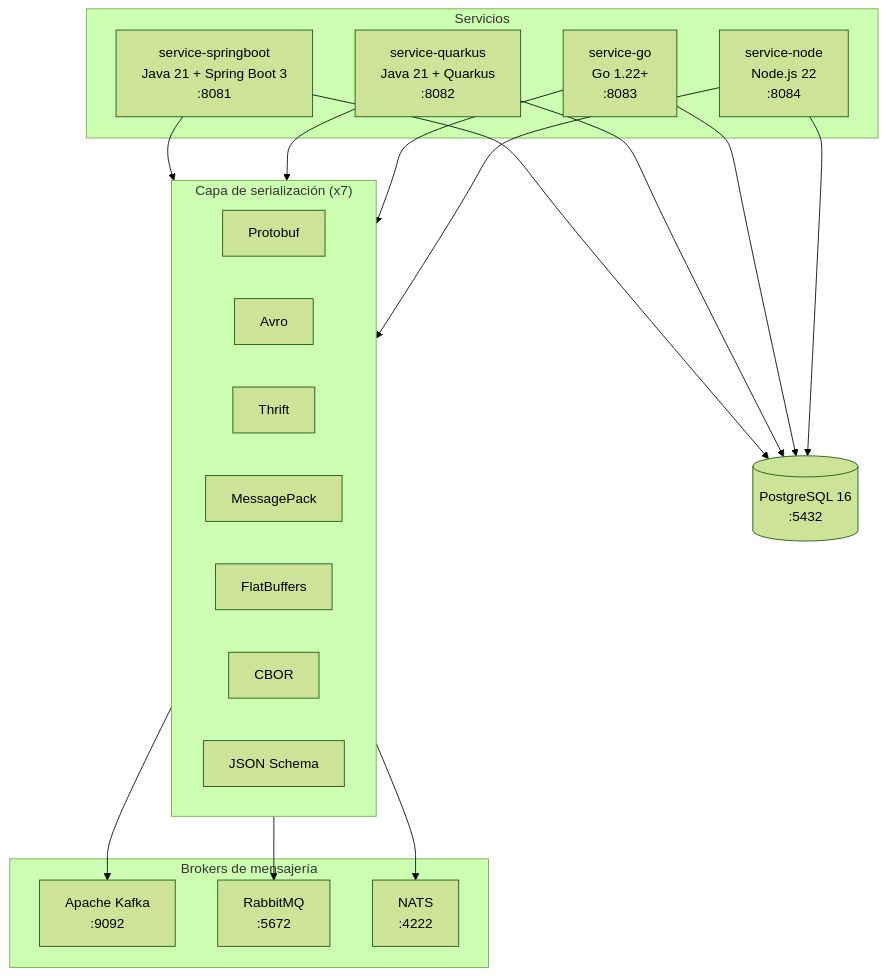
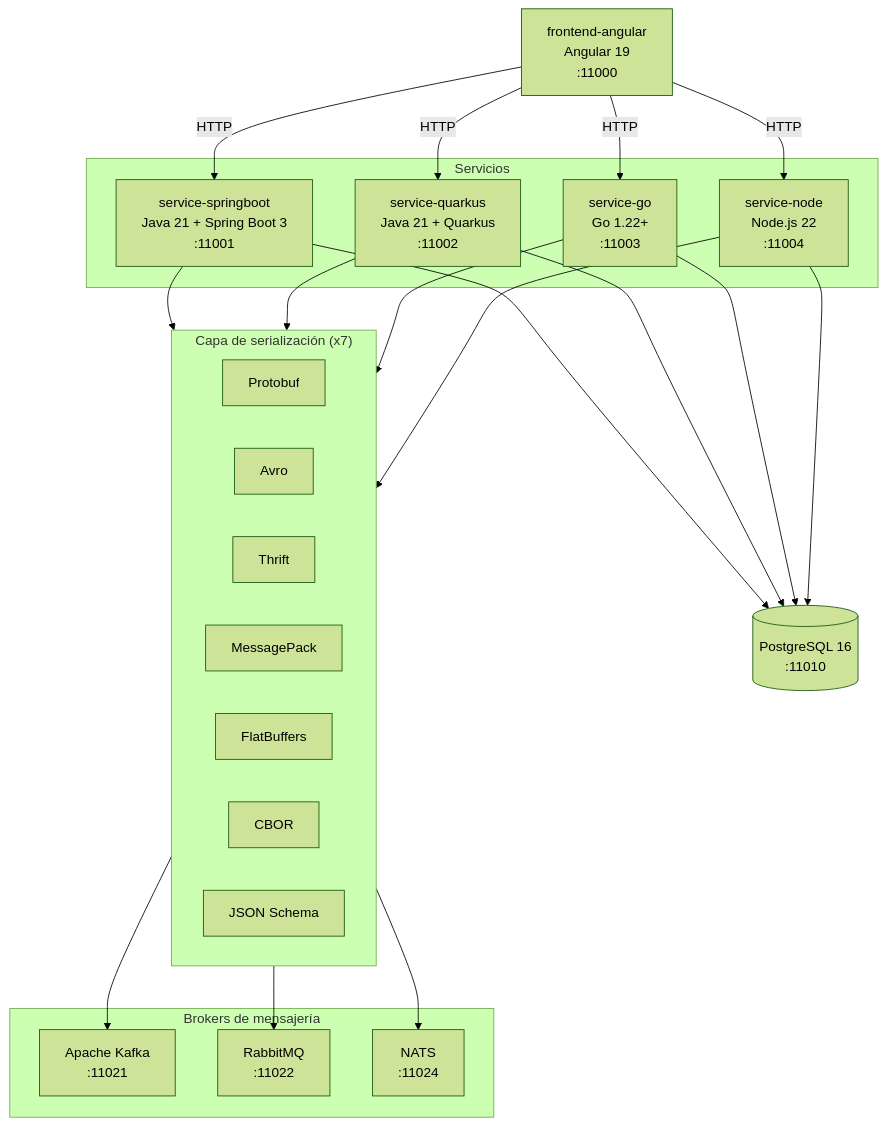
One commit to monghithub/serialplab changed the first of 4 diagrams in README.md. Above: the diagram before and after it, drawn with Mermaid (forest theme). The commit also changed other lines of this file and 24 other files, not shown here.

First line of the commit message:
Añadir frontend Angular y migrar puertos a rango 11xxx

````diff
--- a/README.md
+++ b/README.md
@@ -9,31 +9,34 @@
 ```mermaid
 graph TB
+    FE["frontend-angular<br/>Angular 19<br/>:11000"]
+
     subgraph Servicios
-        SB["service-springboot<br/>Java 21 + Spring Boot 3<br/>:8081"]
-        QK["service-quarkus<br/>Java 21 + Quarkus<br/>:8082"]
-        GO["service-go<br/>Go 1.22+<br/>:8083"]
-        ND["service-node<br/>Node.js 22<br/>:8084"]
+        SB["service-springboot<br/>Java 21 + Spring Boot 3<br/>:11001"]
+        QK["service-quarkus<br/>Java 21 + Quarkus<br/>:11002"]
+        GO["service-go<br/>Go 1.22+<br/>:11003"]
+        ND["service-node<br/>Node.js 22<br/>:11004"]
     end
 
     subgraph Serialización["Capa de serialización (x7)"]
         PROTO["Protobuf"]
         AVRO["Avro"]
         THRIFT["Thrift"]
         MSGPACK["MessagePack"]
         FLAT["FlatBuffers"]
         CBOR["CBOR"]
         JSON["JSON Schema"]
     end
 
     subgraph Brokers["Brokers de mensajería"]
-        KFK["Apache Kafka<br/>:9092"]
-        RMQ["RabbitMQ<br/>:5672"]
-        NATS["NATS<br/>:4222"]
+        KFK["Apache Kafka<br/>:11021"]
+        RMQ["RabbitMQ<br/>:11022"]
+        NATS["NATS<br/>:11024"]
     end
 
-    PG[("PostgreSQL 16<br/>:5432")]
+    PG[("PostgreSQL 16<br/>:11010")]
 
+    FE -->|HTTP| SB & QK & GO & ND
     SB & QK & GO & ND --> Serialización
     Serialización --> KFK & RMQ & NATS
     SB & QK & GO & ND --> PG
 ```
````
